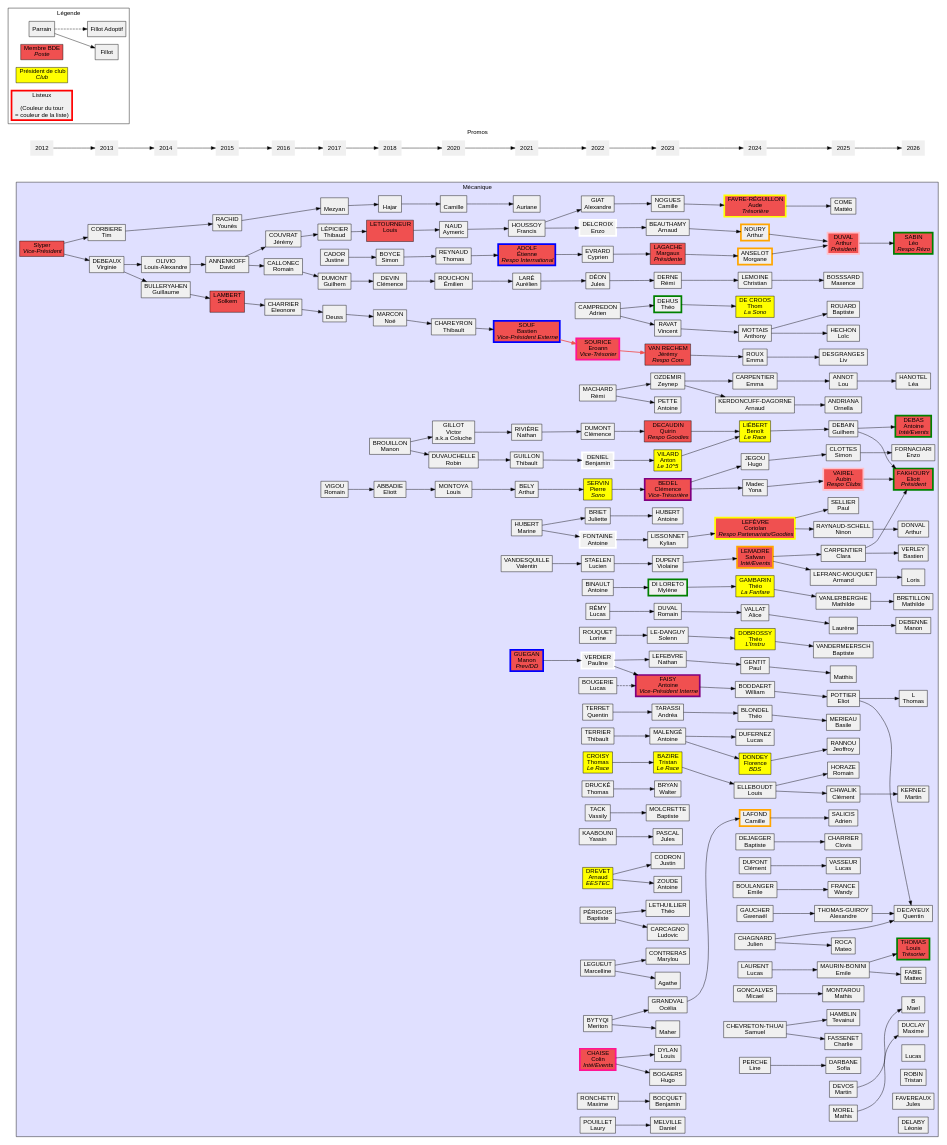
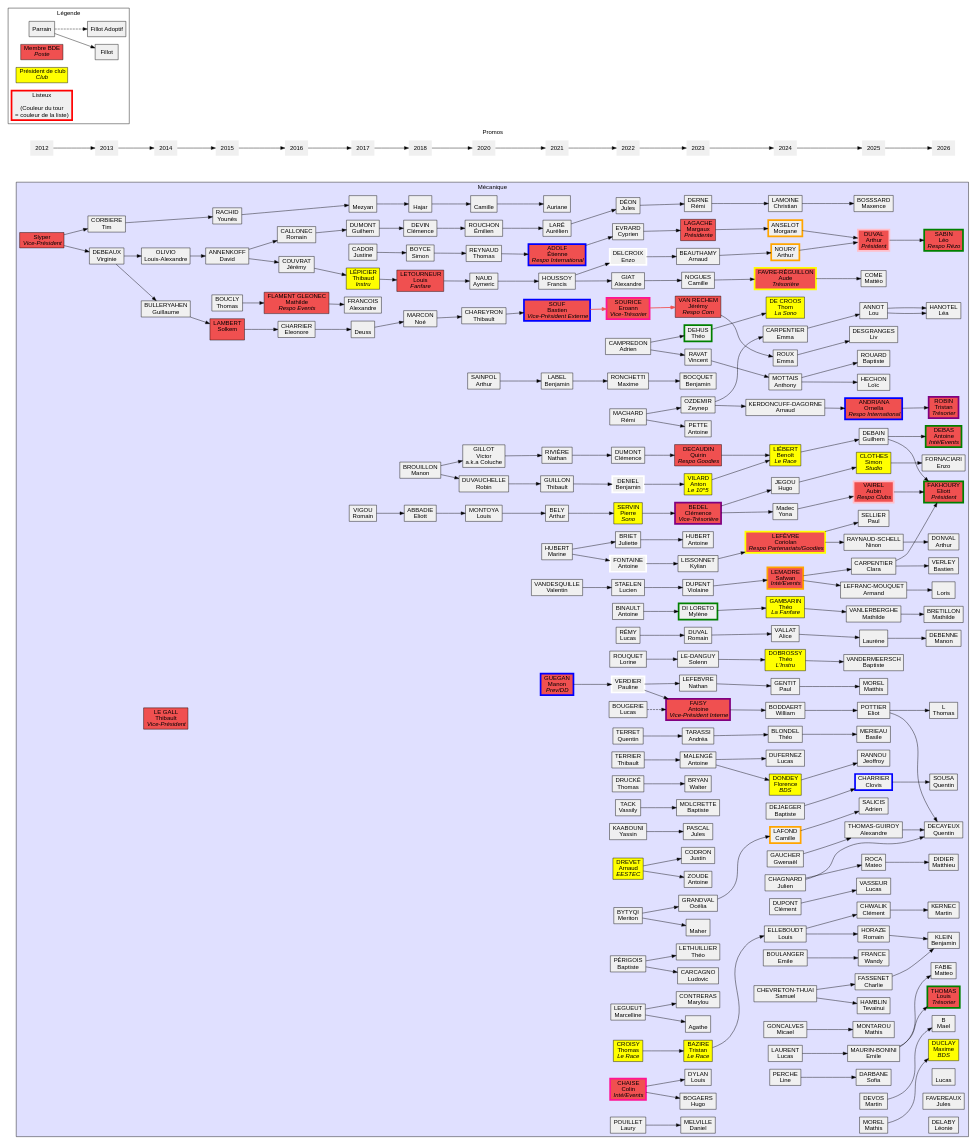
One commit to Scruchet/poly_gen changed the diagram in meca.dot. Above: the diagram before and after it, drawn with Graphviz. The commit also changed 11 other files, not shown here.

```diff
--- a/meca.dot
+++ b/meca.dot
@@ -41,18 +41,19 @@
 		label = "Mécanique";
 		fillcolor = "#E0E0FF";
 
-		{ rank = "same";
+		{ rank = "same";//2012
 			slyper		[label = <Slyper<BR/><I>Vice-Président</I>>  fillcolor="#f05050"];
 		}
 
-		{ rank = "same";
+		{ rank = "same";//2013
 			virginiedeb	[label = "DEBEAUX\nVirginie"];
 			timcorb		[label = "CORBIERE\nTim"];
 		}
 		slyper -> virginiedeb;
 		slyper -> timcorb;
 
-		{ rank = "same";
+		{ rank = "same";//2014
+			tlegall			[label = <LE GALL<BR/>Thibault<BR/><I>Vice-Président</I>>  fillcolor="#f05050"];
 			guillaumebulle	[label = "BULLERYAHEN\nGuillaume"];
 			louisalexoli	[label = "OLIVIO\nLouis-Alexandre"];
 		}
@@ -63,6 +64,7 @@
 			davidanne	[label = "ANNENKOFF\nDavid"];
 			solkemlam	[label = <LAMBERT<BR/>Solkem<BR/><I> </I>>  fillcolor="#f05050"];
 			younesrach	[label = "RACHID\nYounès"];
+			tboucly		[label = "BOUCLY\nThomas"];
 		}
 		guillaumebulle -> solkemlam;
 		louisalexoli -> davidanne;
@@ -70,22 +72,26 @@
 		timcorb -> younesrach;
 
 		{ rank = "same";
+			gflament 		[label = <FLAMENT GLEONEC<BR/>Mathilde<BR/><I>Respo Events</I>>  fillcolor="#f05050"]
 			eleonorechar	[label = "CHARRIER\nEleonore"];
-			jeremycou	[label = "COUVRAT\nJérémy"];
-			romaincal	[label = "CALLONEC\nRomain"];
+			jeremycou		[label = "COUVRAT\nJérémy"];
+			romaincal		[label = "CALLONEC\nRomain"];
 		}
+		tboucly -> gflament;
 		davidanne -> jeremycou;
 		davidanne -> romaincal;
 		solkemlam -> eleonorechar;
 
 		{ rank = "same";
+			afrancois	[label = "FRANCOIS\nAlexandre"];
 			deuss		[label = "\nDeuss"];
 			guilhemdum	[label = "DUMONT\nGuilhem"];
 			justinecad	[label = "CADOR\nJustine"];
 			mezyan		[label = "\nMezyan"];
 			romainvig	[label = "VIGOU\nRomain"];
-			thibaudlep	[label = "LÉPICIER\nThibaud"];
+			thibaudlep	[label = <LÉPICIER<BR/>Thibaud<BR/><I>Instru</I>> fillcolor="yellow"];
 		}
+		gflament -> afrancois;
 		eleonorechar -> deuss;
 		jeremycou -> thibaudlep;
 		romaincal -> guilhemdum;
@@ -96,7 +102,7 @@
 			clemencedev	[label = "DEVIN\nClémence"];
 			elliotabba	[label = "ABBADIE\nEliott"];
 			hajar		[label = "\nHajar"];
-			louislet	[label = <LETOURNEUR<BR/>Louis<BR/><I> </I>> fillcolor="#f05050"];
+			louislet	[label = <LETOURNEUR<BR/>Louis<BR/><I>Fanfare</I>> fillcolor="#f05050"];
 			manonbrou	[label = "BROUILLON\nManon"];
 			noemarc		[label = "MARCON\nNoé"];
 			simonboy	[label = "BOYCE\nSimon"];
@@ -117,6 +123,7 @@
 			robinduv	[label = "DUVAUCHELLE\nRobin"];
 			thibaultchar	[label = "CHAREYRON\nThibault"];
 			thomasrey	[label = "REYNAUD\nThomas"];
+			asainpol 	[label = "SAINPOL\nArthur"];
 		}
 		clemencedev -> emilienrou;
 		elliotabba -> louismonto;
@@ -139,6 +146,7 @@
 			nathanriv	[label = "RIVIÈRE\nNathan"];
 			thibaultgui	[label = "GUILLON\nThibault"];
 			valentinvan	[label = "VANDESQUILLE\nValentin"];
+			blabart		[label = "LABEL\nBenjamin"];
 		}
 		aymericnaud -> francishouss;
 		camille -> auriane;
@@ -148,6 +156,7 @@
 		robinduv -> thibaultgui;
 		thibaultchar -> bastiensouf;
 		thomasrey -> etiennead;
+		asainpol -> blabart;
 
 		{ rank="same";
 			adriencamp	[label = "CAMPREDON\nAdrien"];
@@ -187,6 +196,7 @@
 			maxime 		[label = "RONCHETTI\nMaxime"];
             laury		[label = "POUILLET\nLaury"];
 		}
+		blabart -> maxime;
 		arthurbely -> servin;
 		aurelienlar -> julesde;
 		bastiensouf -> eroann [penwidth=2 color = "#f05050"];
@@ -280,7 +290,8 @@
 		vassily -> baptistemol;
 		yassin -> julespasc;
 
-		{ rank = "same";
+		{ rank = "same";//204
+			
 			alicevall	[label = "VALLAT\nAlice"];
 			anthonymott	[label = "MOTTAIS\nAnthony"];
 			arnaudkd	[label = "KERDONCUFF-DAGORNE\nArnaud"];
@@ -312,7 +323,7 @@
 			samchevre   [label = "CHEVRETON-THUAI\n Samuel"];
 			williambodd	[label = "BODDAERT\nWilliam"];
 			yonamdc		[label = "Madec\nYona"];
-			clemoine	[label = "LEMOINE\nChristian"];
+			clemoine	[label = "LAMOINE\nChristian"];
             linebwns    [label = "PERCHE\nLine"];
 		}
 		andreatar -> theoblond;
@@ -341,7 +352,7 @@
 		kylianliss->coriolan;
 		mylenedil->theogamb;
 		
-		{ rank = "same";
+		{ rank = "same";//2025
 			adriensal	[label = "SALICIS\nAdrien"];
 			alexandreth [label = "THOMAS-GUIROY\nAlexandre"];
 			armandlef	[label = "LEFRANC-MOUQUET\nArmand"];
@@ -353,7 +364,7 @@
 			charliefass [label = "FASSENET\nCharlie"];
 			clementchw  [label = "CHWALIK\nClément"];
 			claracarp   [label = "CARPENTIER\nClara"];
-			clovischar  [label = "CHARRIER\nClovis"];
+			clovischar  [label = "CHARRIER\nClovis" penwidth=4 color="blue"];
 			eliotpott   [label = "POTTIER\nEliot"];
 			emilemaur   [label = "MAURIN-BONINI\nEmile"];
 			guilhemdbn  [label = "DEBAIN\nGuilhem"];
@@ -367,13 +378,13 @@
 			mathildeva  [label = "VANLERBERGHE\nMathilde"];
 			mathismont  [label = "MONTAROU\nMathis"];
 			matteeocom  [label = "COME\nMattéo"];
-			matthis     [label = "\nMatthis"];
+			matthis     [label = "MOREL\nMatthis"];
 			maxencebos  [label = "BOSSSARD\nMaxence"];
 			ninonrayn   [label = "RAYNAUD-SCHELL\nNinon"];
-			ornellaan   [label = "ANDRIANA\nOrnella"];
+			ornellaan   [label = <ANDRIANA<BR/>Ornella<BR/><I>Respo International</I>> fillcolor="#f05050" penwidth=4 color="blue"];
 			paulselli   [label = "SELLIER\nPaul"];
 			romainhoz   [label = "HORAZE\nRomain"];
-			simonclott  [label ="CLOTTES\nSimon"];
+			simonclott  [label = <CLOTHES<BR/>Simon<BR/><I>Studio</I>> fillcolor="yellow"];
 			sofiadarb   [label = "DARBANE\nSofia"];
 			tevainuiha  [label = "HAMBLIN\nTevainui"];
 			wandyfr     [label = "FRANCE\nWandy"];
@@ -417,7 +428,7 @@
 			theogamb->mathildeva;
 			williambodd->eliotpott;
 			yonamdc->aubinvairel;
-{ rank = "same";
+{ rank = "same";//2026
 			maelb		[label = "B\nMael"];
 			mkernec		[label = "KERNEC\nMartin"];
 			adebas		[label = <DEBAS<BR/>Antoine<BR/><I>Inté/Events</I>> fillcolor="#f05050" penwidth=4 color="green"];
@@ -428,7 +439,7 @@
 			lhanotel	[label = "HANOTEL\nLéa"];
 			mbretillon	[label = "BRETILLON\nMathilde"];
 			lucas		[label = "\nLucas"];
-			trobin		[label = "ROBIN\nTristan"];
+			trobin		[label = <ROBIN<BR/>Tristan<BR/><I>Trésorier</I>> fillcolor="#f05050" penwidth=4 color="purple"];
 			jfavereaux	[label = "FAVEREAUX\nJules"];
 			ldelaby		[label = "DELABY\nLéonie"];
 			loris		[label = "\nLoris"];
@@ -438,8 +449,17 @@
 			bverley		[label = "VERLEY\nBastien"];
 			quentindec  [label = "DECAYEUX\nQuentin"];
 			adonval		[label = "DONVAL\nArthur"];
-			mduclay		[label = "DUCLAY\nMaxime"];
+			mduclay		[label = <DUCLAY<BR/>Maxime<BR/><I>BDS</I>> fillcolor="yellow"];
+			qsousa 		[label = "SOUSA\nQuentin"];
+			bklein		[label = "KLEIN\nBenjamin"];
+			mdidier		[label = "DIDIER\nMatthieu"];
 			}
+			mateoroca -> mdidier;
+			charliefass -> bklein;
+			romainhoz -> bklein;
+			clovischar -> qsousa;
+			louannot -> lhanotel;
+			ornellaan -> trobin;
 			mdevos->maelb;
 			guilhemdbn->adebas;
 			clementchw->mkernec;
@@ -460,6 +480,7 @@
 			alexandreth->quentindec;
 			ninonrayn->adonval;
 			mmorel->mduclay;
+		
 	}
 
 	endnode [style=invis];
```
